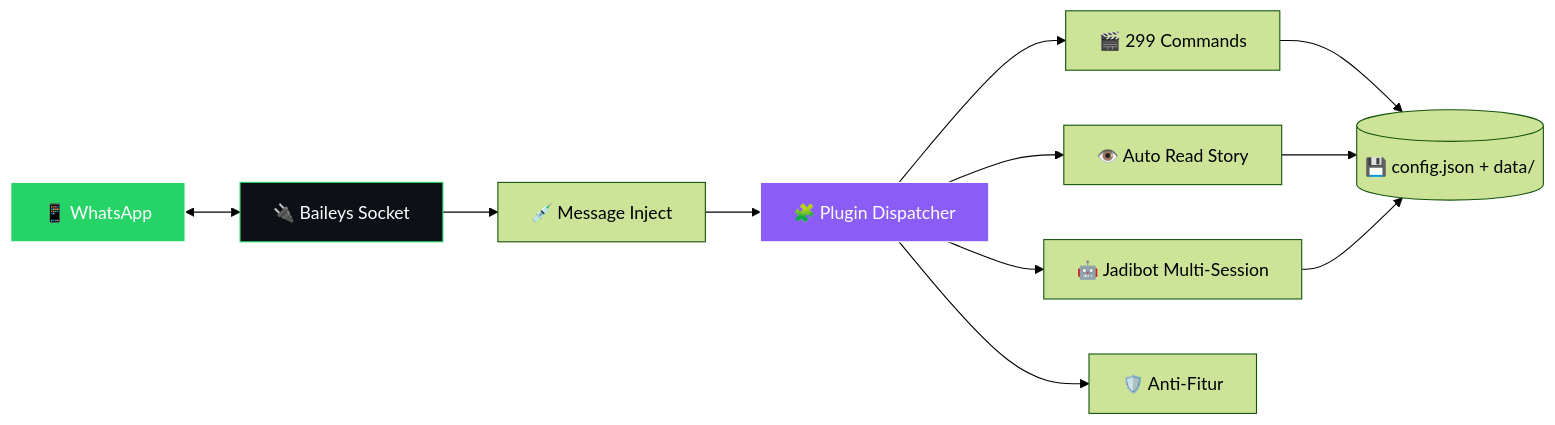
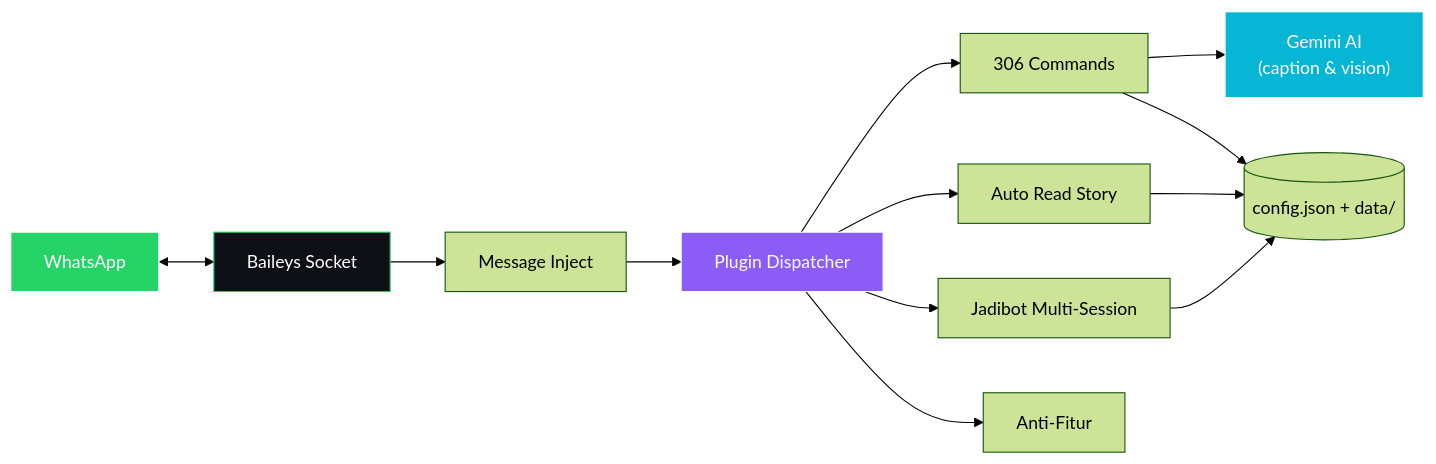
The diagram in README.md (Wilykun/ReadSwEsm_V1), drawn with Mermaid (forest theme) before and after one commit. The commit also changed other lines of this file and 3 other files, not shown here.

Commit message:
V4: README.md rombak total — tampilan baru, akurat 306 command & V27.5 (Gemini AI, .stickerai, .stickerly, .iqc, .tts), deploy ringkas, kredit diperbaiki + sync sessions/data

````diff
--- a/README.md
+++ b/README.md
@@ -51,16 +51,18 @@
 ```mermaid
 flowchart LR
-    WA["📱 WhatsApp"] <--> BL["🔌 Baileys Socket"]
-    BL --> INJ["💉 Message Inject"]
-    INJ --> DSP["🧩 Plugin Dispatcher"]
-    DSP --> C1["🎬 299 Commands"]
-    DSP --> C2["👁️ Auto Read Story"]
-    DSP --> C3["🤖 Jadibot Multi-Session"]
-    DSP --> C4["🛡️ Anti-Fitur"]
-    C1 --> MD[("💾 config.json + data/")]
+    WA["WhatsApp"] <--> BL["Baileys Socket"]
+    BL --> INJ["Message Inject"]
+    INJ --> DSP["Plugin Dispatcher"]
+    DSP --> C1["306 Commands"]
+    DSP --> C2["Auto Read Story"]
+    DSP --> C3["Jadibot Multi-Session"]
+    DSP --> C4["Anti-Fitur"]
+    C1 --> AI["Gemini AI<br/>(caption & vision)"]
+    C1 --> MD[("config.json + data/")]
     C2 --> MD
     C3 --> MD
     style WA fill:#25D366,stroke:#fff,color:#fff
     style BL fill:#0d1117,stroke:#25D366,color:#fff
     style DSP fill:#8B5CF6,stroke:#fff,color:#fff
+    style AI fill:#06B6D4,stroke:#fff,color:#fff
 ```
````
